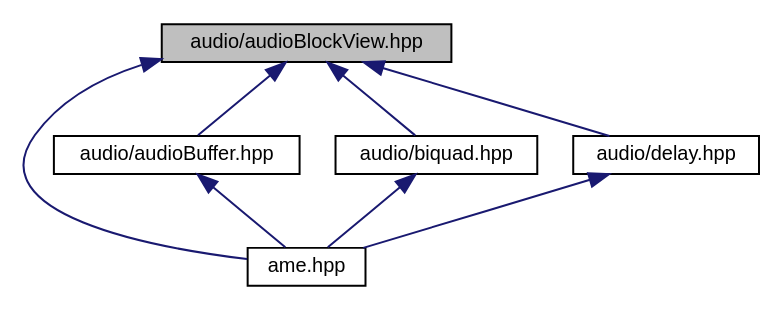
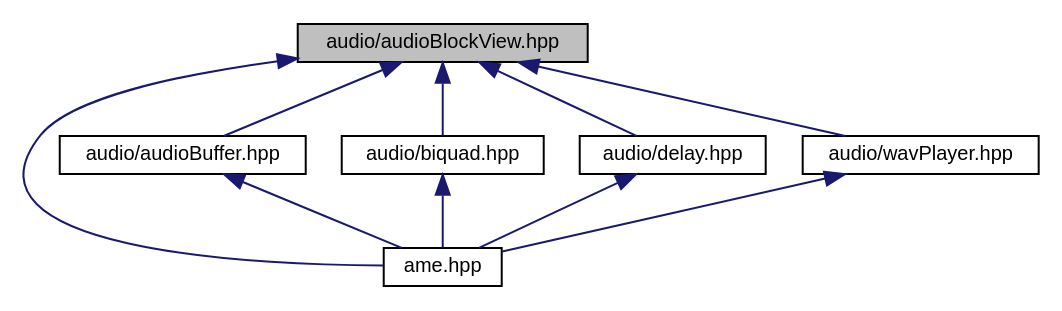
One commit to AkiyukiOkayasu/ame changed the diagram in docs/audio_block_view_8hpp__dep__incl.dot. Above: the diagram before and after it, drawn with Graphviz. The commit also changed 195 other files, not shown here.

```diff
--- a/docs/audio_block_view_8hpp__dep__incl.dot
+++ b/docs/audio_block_view_8hpp__dep__incl.dot
@@ -1,18 +1,21 @@
 digraph "audio/audioBlockView.hpp"
 {
  // LATEX_PDF_SIZE
   edge [fontname="Helvetica",fontsize="10",labelfontname="Helvetica",labelfontsize="10"];
   node [fontname="Helvetica",fontsize="10",shape=record];
   Node1 [label="audio/audioBlockView.hpp",height=0.2,width=0.4,color="black", fillcolor="grey75", style="filled", fontcolor="black",tooltip="Audio Block View."];
   Node1 -> Node2 [dir="back",color="midnightblue",fontsize="10",style="solid",fontname="Helvetica"];
   Node2 [label="ame.hpp",height=0.2,width=0.4,color="black", fillcolor="white", style="filled",URL="$ame_8hpp.html",tooltip="main header file."];
   Node1 -> Node3 [dir="back",color="midnightblue",fontsize="10",style="solid",fontname="Helvetica"];
   Node3 [label="audio/audioBuffer.hpp",height=0.2,width=0.4,color="black", fillcolor="white", style="filled",URL="$audio_buffer_8hpp.html",tooltip="Audio buffer."];
   Node3 -> Node2 [dir="back",color="midnightblue",fontsize="10",style="solid",fontname="Helvetica"];
   Node1 -> Node4 [dir="back",color="midnightblue",fontsize="10",style="solid",fontname="Helvetica"];
   Node4 [label="audio/biquad.hpp",height=0.2,width=0.4,color="black", fillcolor="white", style="filled",URL="$biquad_8hpp.html",tooltip="BiQuad filter."];
   Node4 -> Node2 [dir="back",color="midnightblue",fontsize="10",style="solid",fontname="Helvetica"];
   Node1 -> Node5 [dir="back",color="midnightblue",fontsize="10",style="solid",fontname="Helvetica"];
   Node5 [label="audio/delay.hpp",height=0.2,width=0.4,color="black", fillcolor="white", style="filled",URL="$delay_8hpp.html",tooltip="Fractional delay."];
   Node5 -> Node2 [dir="back",color="midnightblue",fontsize="10",style="solid",fontname="Helvetica"];
+  Node1 -> Node6 [dir="back",color="midnightblue",fontsize="10",style="solid",fontname="Helvetica"];
+  Node6 [label="audio/wavPlayer.hpp",height=0.2,width=0.4,color="black", fillcolor="white", style="filled",URL="$wav_player_8hpp.html",tooltip="Wav player."];
+  Node6 -> Node2 [dir="back",color="midnightblue",fontsize="10",style="solid",fontname="Helvetica"];
 }
```
